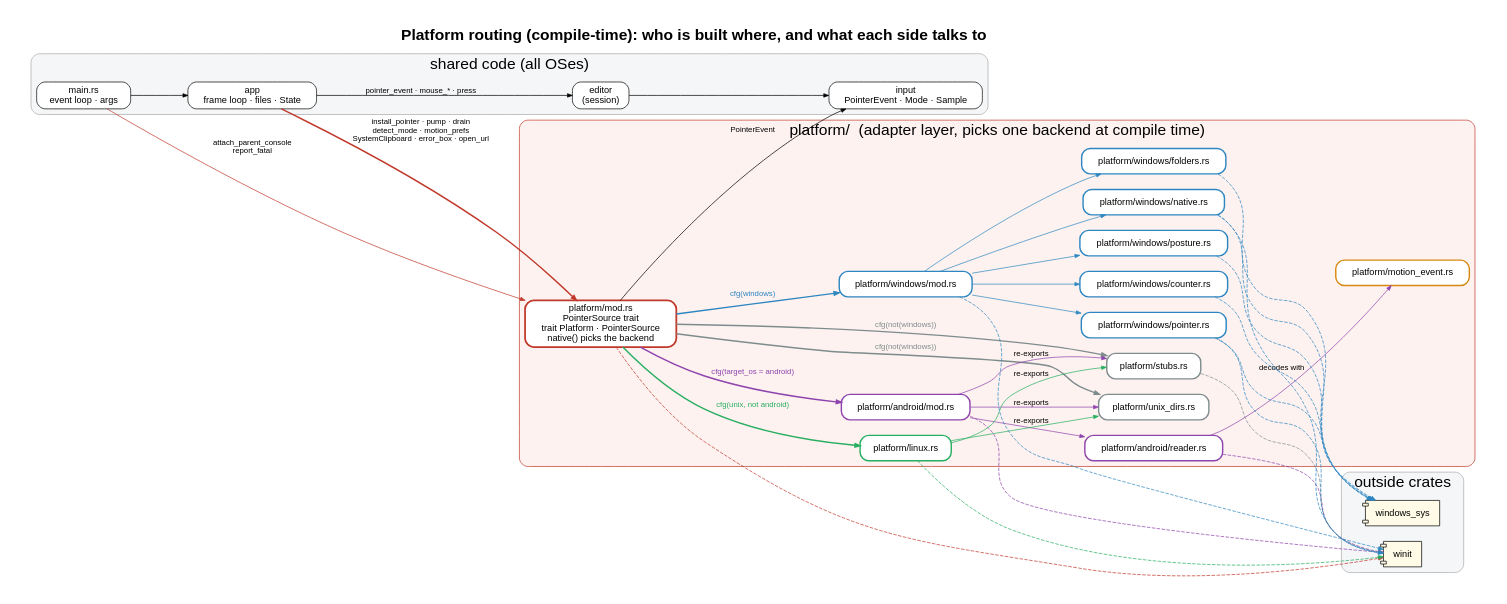
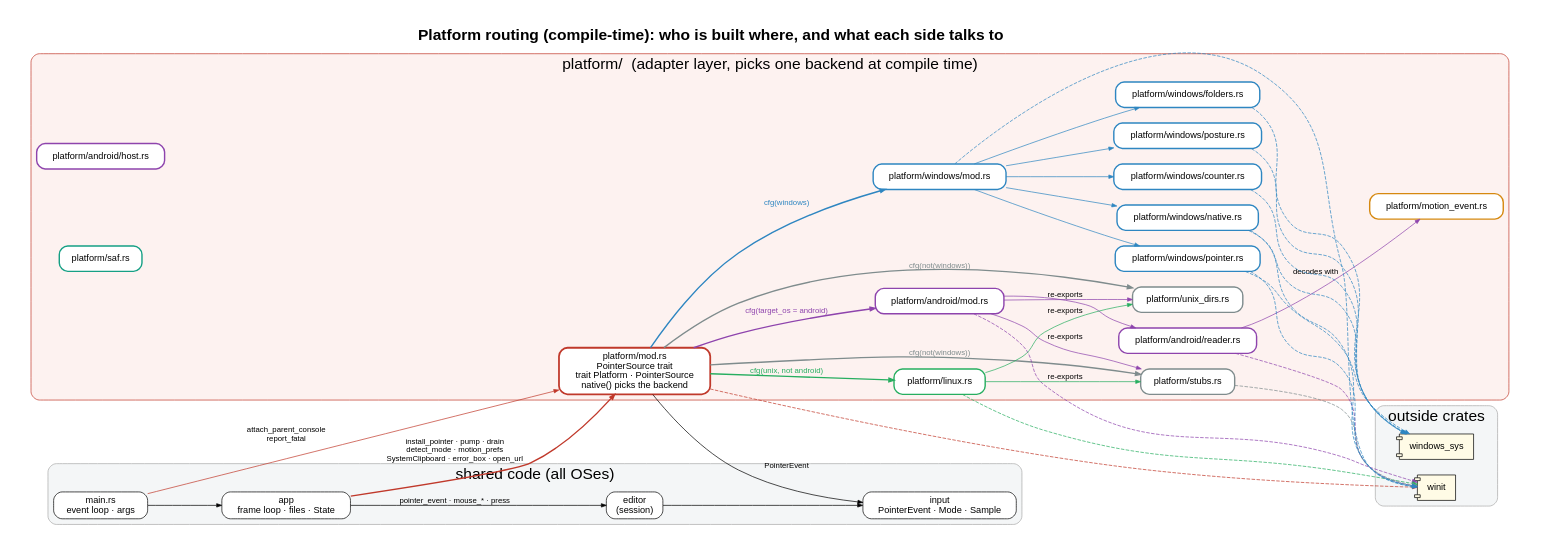
Before and after one commit to rajatmo/inkpdf: the diagram in docs/deps/platform.dot, drawn with Graphviz. The commit also changed 6 other files, not shown here.

First line of the commit message:
deps graph knows platform/saf

```diff
--- a/docs/deps/platform.dot
+++ b/docs/deps/platform.dot
@@ -1,67 +1,69 @@
 digraph P {
 rankdir=LR; newrank=true; splines=true; nodesep=0.3; ranksep=1.1; pad=0.4;
 label=<<b>Platform routing (compile-time): who is built where, and what each side talks to</b>>; labelloc=t; fontsize=22; fontname="Helvetica";
 node [shape=box, style="rounded,filled", fillcolor=white, fontname="Helvetica", fontsize=13, margin="0.14,0.07"];
 edge [arrowsize=0.7, fontname="Helvetica", fontsize=11];
 subgraph cluster_shared { label="shared code (all OSes)"; style="rounded,filled"; fillcolor="#f4f6f7"; color="#aaaaaa"; fontname="Helvetica";
   "app" [label="app\nframe loop · files · State"];
   "main" [label="main.rs\nevent loop · args"];
   "editor" [label="editor\n(session)"];
   "input" [label="input\nPointerEvent · Mode · Sample"];
 }
 subgraph cluster_plat { label="platform/  (adapter layer, picks one backend at compile time)"; style="rounded,filled"; fillcolor="#fdf2f0"; color="#c0392b"; fontname="Helvetica";
   "platform_mod" [label="platform/mod.rs\nPointerSource trait\ntrait Platform · PointerSource\nnative() picks the backend", penwidth=2.5, color="#c0392b"];
+  "p_android_host" [label="platform/android/host.rs", color="#8e44ad", penwidth=2];
   "p_android_mod" [label="platform/android/mod.rs", color="#8e44ad", penwidth=2];
   "p_android_reader" [label="platform/android/reader.rs", color="#8e44ad", penwidth=2];
   "p_linux" [label="platform/linux.rs", color="#27ae60", penwidth=2];
   "p_motion_event" [label="platform/motion_event.rs", color="#d68910", penwidth=2];
+  "p_saf" [label="platform/saf.rs", color="#16a085", penwidth=2];
   "p_stubs" [label="platform/stubs.rs", color="#7f8c8d", penwidth=2];
   "p_unix_dirs" [label="platform/unix_dirs.rs", color="#7f8c8d", penwidth=2];
   "p_windows_counter" [label="platform/windows/counter.rs", color="#2e86c1", penwidth=2];
   "p_windows_folders" [label="platform/windows/folders.rs", color="#2e86c1", penwidth=2];
   "p_windows_mod" [label="platform/windows/mod.rs", color="#2e86c1", penwidth=2];
   "p_windows_native" [label="platform/windows/native.rs", color="#2e86c1", penwidth=2];
   "p_windows_pointer" [label="platform/windows/pointer.rs", color="#2e86c1", penwidth=2];
   "p_windows_posture" [label="platform/windows/posture.rs", color="#2e86c1", penwidth=2];
 }
 subgraph cluster_ext { label="outside crates"; style="rounded,filled"; fillcolor="#f4f6f7"; color="#aaaaaa"; fontname="Helvetica";
   "x_winit" [label="winit", shape=component, fillcolor="#fffbe6"];
   "x_windows_sys" [label="windows_sys", shape=component, fillcolor="#fffbe6"];
 }
 "main" -> "app"
 "app" -> "platform_mod" [label="install_pointer · pump · drain\ndetect_mode · motion_prefs\nSystemClipboard · error_box · open_url", penwidth=2, color="#c0392b"]
 "app" -> "editor" [label="pointer_event · mouse_* · press"]
 "main" -> "platform_mod" [label="attach_parent_console\nreport_fatal", color="#c0392b"]
 "platform_mod" -> "input" [label="PointerEvent"]
 "editor" -> "input"
 "platform_mod" -> "p_android_mod" [label="cfg(target_os = android)", color="#8e44ad", penwidth=2, fontcolor="#8e44ad"]
 "p_android_mod" -> "x_winit" [color="#8e44ad", style=dashed]
 "p_android_reader" -> "x_winit" [color="#8e44ad", style=dashed]
 "platform_mod" -> "p_linux" [label="cfg(unix, not android)", color="#27ae60", penwidth=2, fontcolor="#27ae60"]
 "p_linux" -> "x_winit" [color="#27ae60", style=dashed]
 "platform_mod" -> "p_stubs" [label="cfg(not(windows))", color="#7f8c8d", penwidth=2, fontcolor="#7f8c8d"]
 "p_stubs" -> "x_winit" [color="#7f8c8d", style=dashed]
 "platform_mod" -> "p_unix_dirs" [label="cfg(not(windows))", color="#7f8c8d", penwidth=2, fontcolor="#7f8c8d"]
 "p_windows_counter" -> "x_windows_sys" [color="#2e86c1", style=dashed]
 "p_windows_folders" -> "x_windows_sys" [color="#2e86c1", style=dashed]
 "platform_mod" -> "p_windows_mod" [label="cfg(windows)", color="#2e86c1", penwidth=2, fontcolor="#2e86c1"]
 "p_windows_mod" -> "x_winit" [color="#2e86c1", style=dashed]
 "p_windows_native" -> "x_windows_sys" [color="#2e86c1", style=dashed]
 "p_windows_native" -> "x_winit" [color="#2e86c1", style=dashed]
 "p_windows_pointer" -> "x_windows_sys" [color="#2e86c1", style=dashed]
 "p_windows_pointer" -> "x_winit" [color="#2e86c1", style=dashed]
 "p_windows_posture" -> "x_windows_sys" [color="#2e86c1", style=dashed]
 "platform_mod" -> "x_winit" [style=dashed, color="#c0392b"]
 "p_windows_mod" -> "p_windows_pointer" [color="#2e86c1"]
 "p_windows_mod" -> "p_windows_native" [color="#2e86c1"]
 "p_windows_mod" -> "p_windows_posture" [color="#2e86c1"]
 "p_windows_mod" -> "p_windows_folders" [color="#2e86c1"]
 "p_windows_mod" -> "p_windows_counter" [color="#2e86c1"]
 "p_android_mod" -> "p_android_reader" [color="#8e44ad"]
 "p_linux" -> "p_stubs" [label="re-exports", color="#27ae60"]
 "p_linux" -> "p_unix_dirs" [label="re-exports", color="#27ae60"]
 "p_android_mod" -> "p_stubs" [label="re-exports", color="#8e44ad"]
 "p_android_mod" -> "p_unix_dirs" [label="re-exports", color="#8e44ad"]
 "p_android_reader" -> "p_motion_event" [label="decodes with", color="#8e44ad"]
 {rank=same; "p_windows_mod"; "p_linux"; "p_android_mod";}
 }
```
